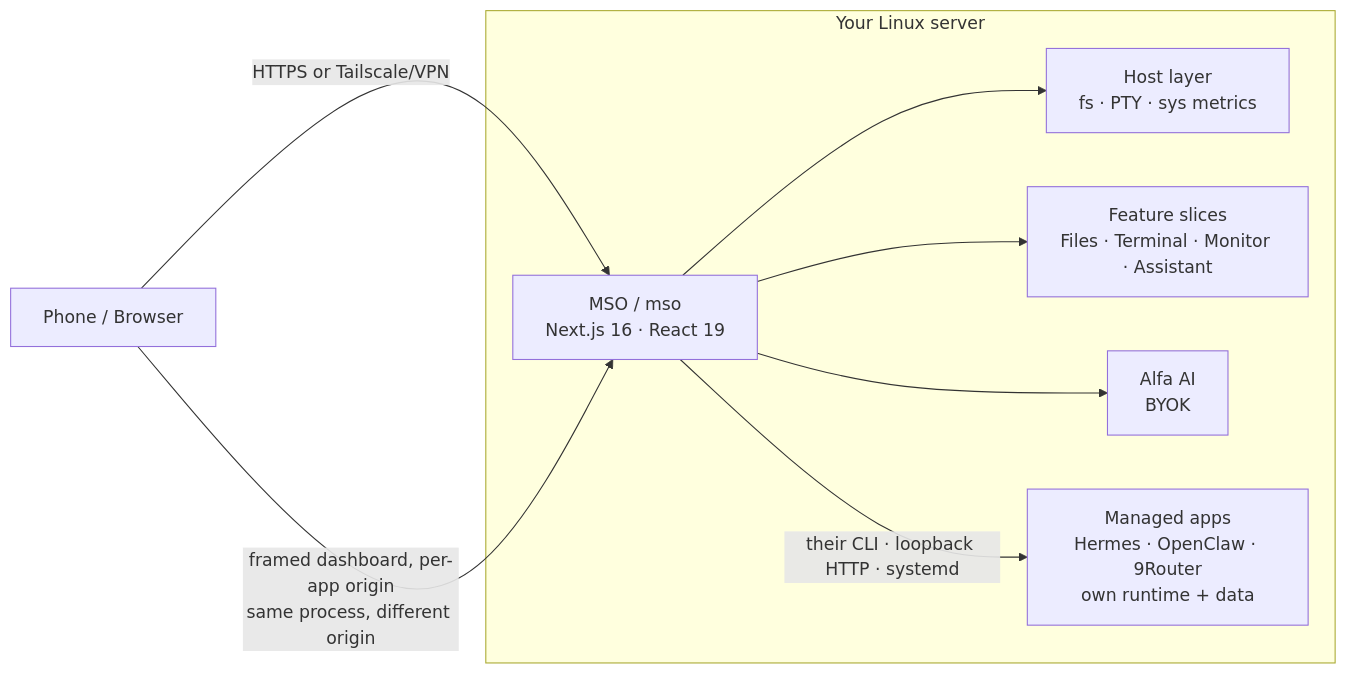
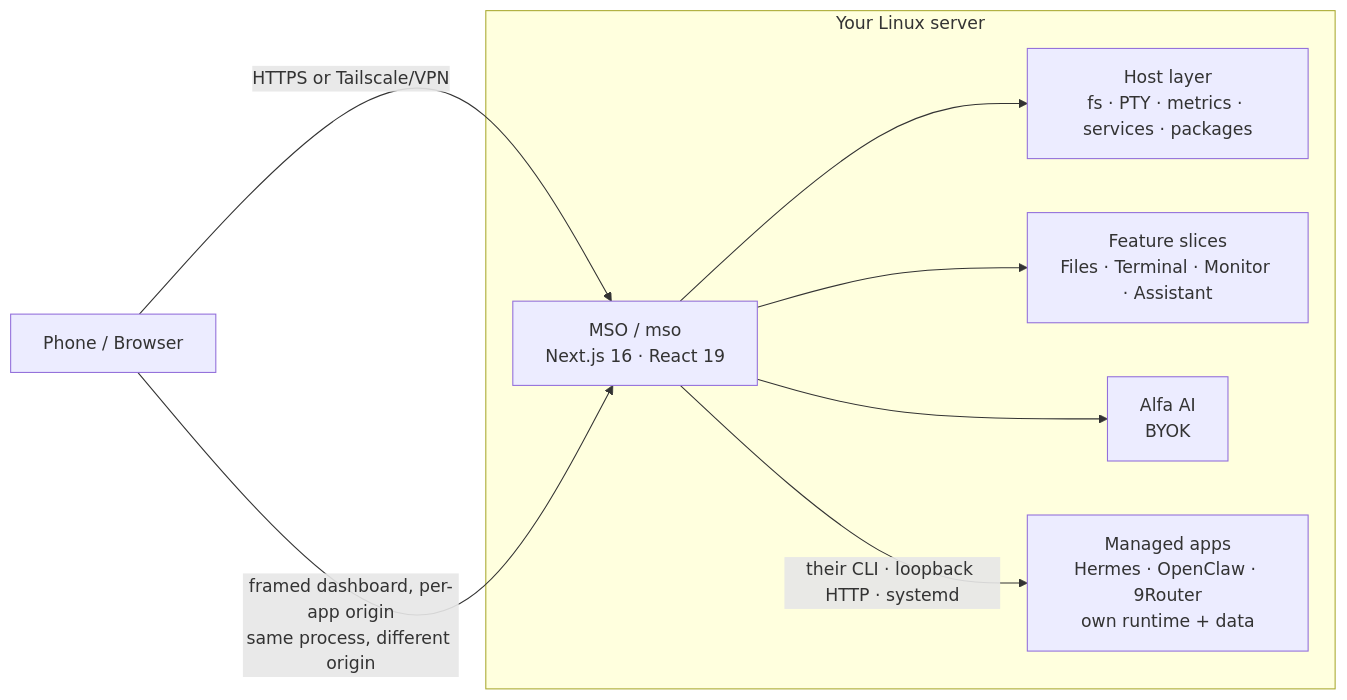
Before and after one commit to rahmanef63/mso: the diagram in README.md, drawn with Mermaid. The commit also changed other lines of this file and 90 other files, not shown here.

````diff
--- a/README.md
+++ b/README.md
@@ -254,17 +261,17 @@
 ```mermaid
 flowchart LR
   U["Phone / Browser"]
   subgraph VPS["Your Linux server"]
     APP["MSO / mso<br/>Next.js 16 · React 19"]
-    HOST["Host layer<br/>fs · PTY · sys metrics"]
+    HOST["Host layer<br/>fs · PTY · metrics · services · packages"]
     SLICES["Feature slices<br/>Files · Terminal · Monitor · Assistant"]
     AI["Alfa AI<br/>BYOK"]
     MANAGED["Managed apps<br/>Hermes · OpenClaw · 9Router<br/>own runtime + data"]
   end
   U -->|"HTTPS or Tailscale/VPN"| APP
   U -->|"framed dashboard, per-app origin<br/>same process, different origin"| APP
   APP --> HOST
   APP --> SLICES
   APP --> AI
   APP -->|"their CLI · loopback HTTP · systemd"| MANAGED
 ```
````
